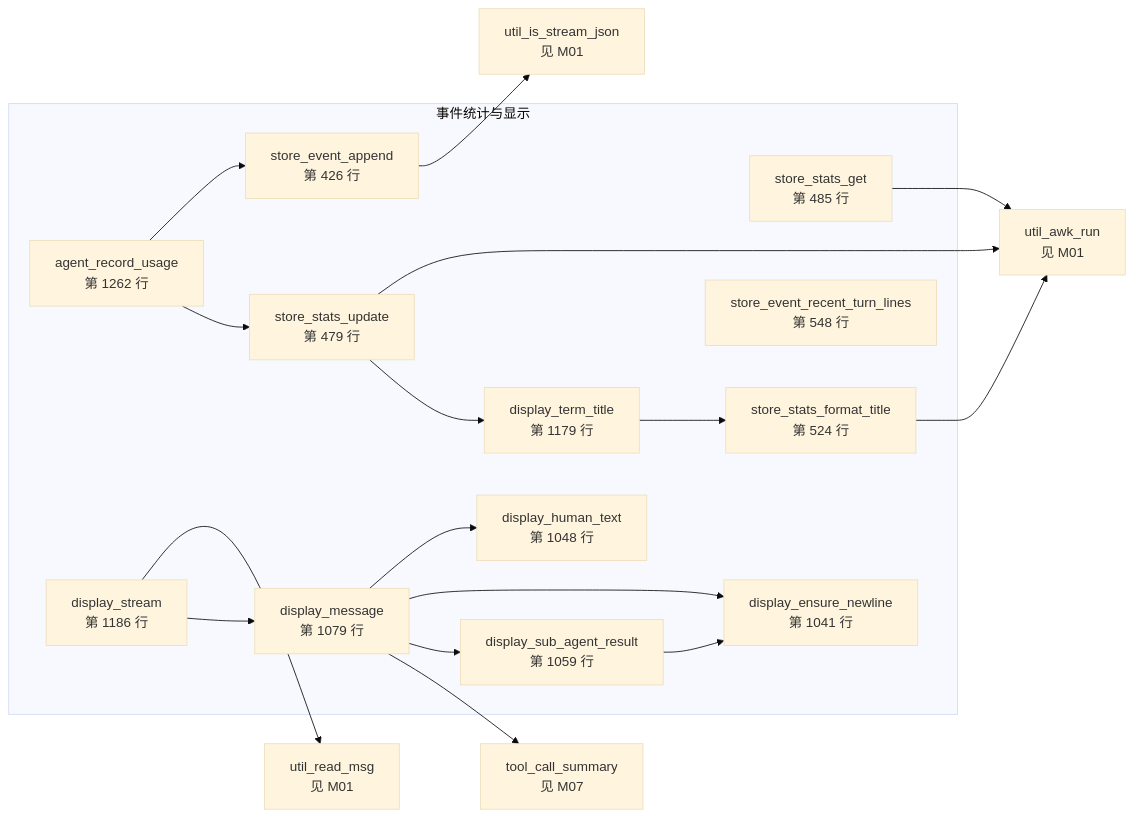
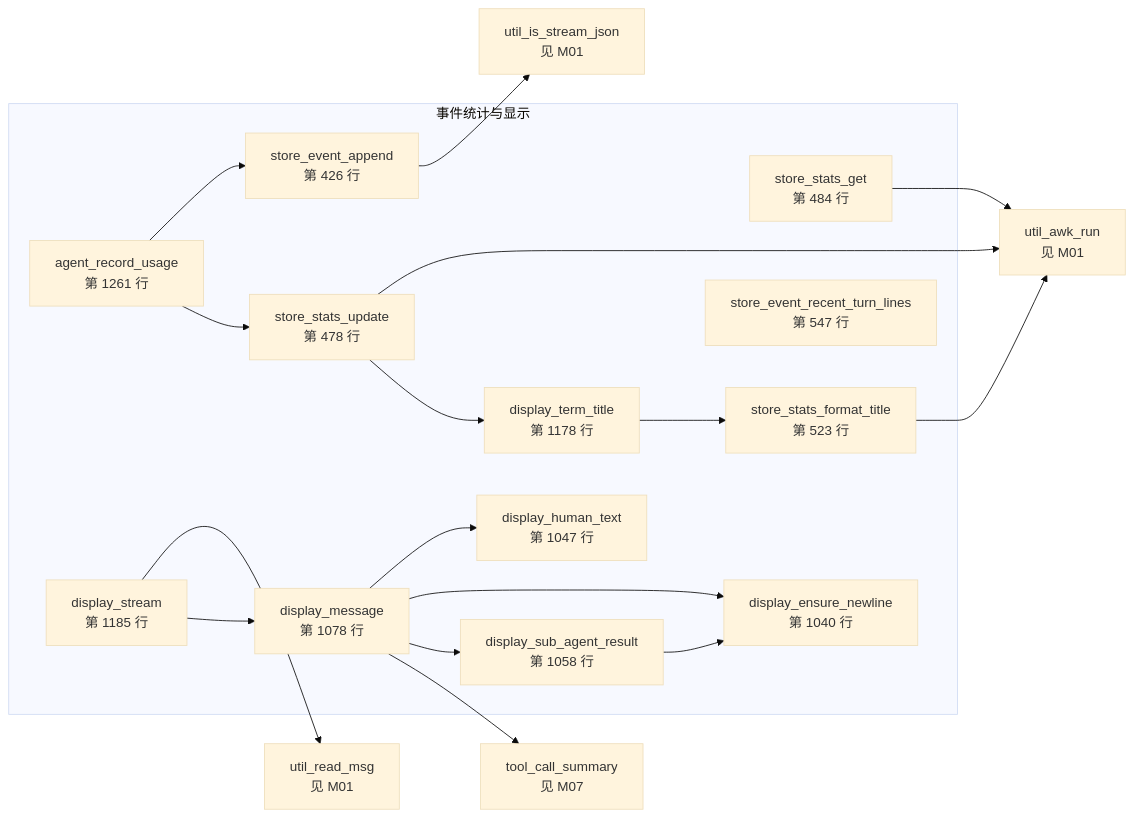
One commit to lloydzhou/bash-agent changed diagram 12 of 15 in docs/bash-data-flow.md. Above: the diagram before and after it, drawn with Mermaid (base theme). The commit also changed other lines of this file and 1 other file, not shown here.

````diff
--- a/docs/bash-data-flow.md
+++ b/docs/bash-data-flow.md
@@ -513,36 +513,36 @@
 ```mermaid
 flowchart LR
   subgraph mod_10["事件统计与显示"]
     f_store_event_append["store_event_append<br/>第 426 行"]
-    f_store_stats_update["store_stats_update<br/>第 479 行"]
-    f_store_stats_get["store_stats_get<br/>第 485 行"]
-    f_store_stats_format_title["store_stats_format_title<br/>第 524 行"]
-    f_store_event_recent_turn_lines["store_event_recent_turn_lines<br/>第 548 行"]
-    f_agent_record_usage["agent_record_usage<br/>第 1262 行"]
-    f_display_ensure_newline["display_ensure_newline<br/>第 1041 行"]
-    f_display_human_text["display_human_text<br/>第 1048 行"]
-    f_display_sub_agent_result["display_sub_agent_result<br/>第 1059 行"]
-    f_display_message["display_message<br/>第 1079 行"]
-    f_display_term_title["display_term_title<br/>第 1179 行"]
-    f_display_stream["display_stream<br/>第 1186 行"]
+    f_store_stats_update["store_stats_update<br/>第 478 行"]
+    f_store_stats_get["store_stats_get<br/>第 484 行"]
+    f_store_stats_format_title["store_stats_format_title<br/>第 523 行"]
+    f_store_event_recent_turn_lines["store_event_recent_turn_lines<br/>第 547 行"]
+    f_agent_record_usage["agent_record_usage<br/>第 1261 行"]
+    f_display_ensure_newline["display_ensure_newline<br/>第 1040 行"]
+    f_display_human_text["display_human_text<br/>第 1047 行"]
+    f_display_sub_agent_result["display_sub_agent_result<br/>第 1058 行"]
+    f_display_message["display_message<br/>第 1078 行"]
+    f_display_term_title["display_term_title<br/>第 1178 行"]
+    f_display_stream["display_stream<br/>第 1185 行"]
   end
   f_tool_call_summary["tool_call_summary<br/>见 M07"]
   f_util_awk_run["util_awk_run<br/>见 M01"]
   f_util_is_stream_json["util_is_stream_json<br/>见 M01"]
   f_util_read_msg["util_read_msg<br/>见 M01"]
   f_store_event_append --> f_util_is_stream_json
   f_store_stats_update --> f_util_awk_run
   f_store_stats_update --> f_display_term_title
   f_store_stats_get --> f_util_awk_run
   f_store_stats_format_title --> f_util_awk_run
   f_agent_record_usage --> f_store_event_append
   f_agent_record_usage --> f_store_stats_update
   f_display_sub_agent_result --> f_display_ensure_newline
   f_display_message --> f_display_human_text
   f_display_message --> f_display_ensure_newline
   f_display_message --> f_display_sub_agent_result
   f_display_message --> f_tool_call_summary
   f_display_term_title --> f_store_stats_format_title
   f_display_stream --> f_util_read_msg
   f_display_stream --> f_display_message
 ```
````
